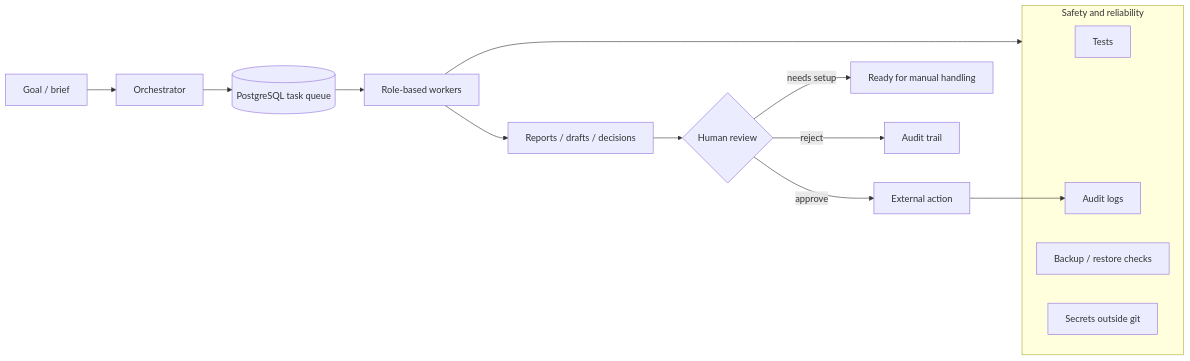
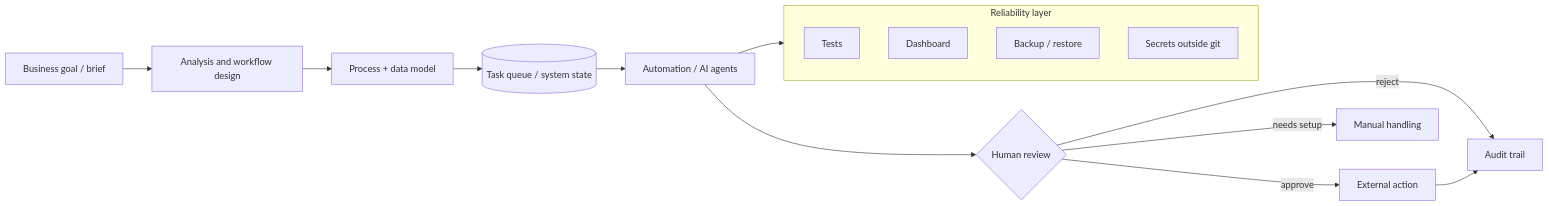
One commit to Lenis45/Lenis45 changed the second of 2 diagrams in README.md. Above: the diagram before and after it, drawn with Mermaid. The commit also changed other lines of this file and 3 other files, not shown here.

````diff
--- a/README.md
+++ b/README.md
@@ -143,21 +179,21 @@
 ```mermaid
 flowchart LR
-    Brief["Goal / brief"] --> Orchestrator["Orchestrator"]
-    Orchestrator --> Queue[("PostgreSQL task queue")]
-    Queue --> Workers["Role-based workers"]
-    Workers --> Artifacts["Reports / drafts / decisions"]
-    Artifacts --> Review{"Human review"}
+    Brief["Business goal / brief"] --> Analyst["Analysis and workflow design"]
+    Analyst --> Model["Process + data model"]
+    Model --> Queue[("Task queue / system state")]
+    Queue --> Workers["Automation / AI agents"]
+    Workers --> Review{"Human review"}
     Review -->|approve| Action["External action"]
-    Review -->|needs setup| Ready["Ready for manual handling"]
+    Review -->|needs setup| Ready["Manual handling"]
     Review -->|reject| Archive["Audit trail"]
 
-    subgraph Safety["Safety and reliability"]
+    subgraph Reliability["Reliability layer"]
         Tests["Tests"]
-        Audit["Audit logs"]
-        Backup["Backup / restore checks"]
+        Monitoring["Dashboard"]
+        Backup["Backup / restore"]
         Secrets["Secrets outside git"]
     end
 
-    Workers --> Safety
-    Action --> Audit
+    Workers --> Reliability
+    Action --> Archive
 ```
````
